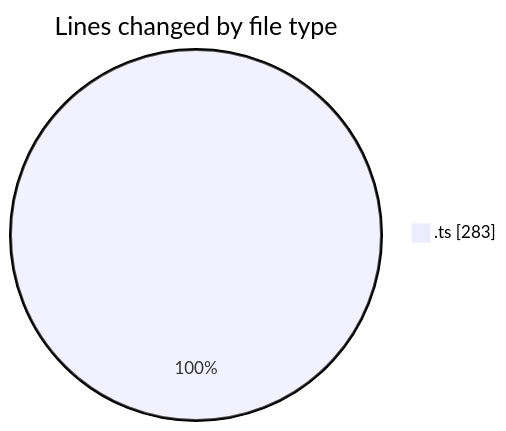
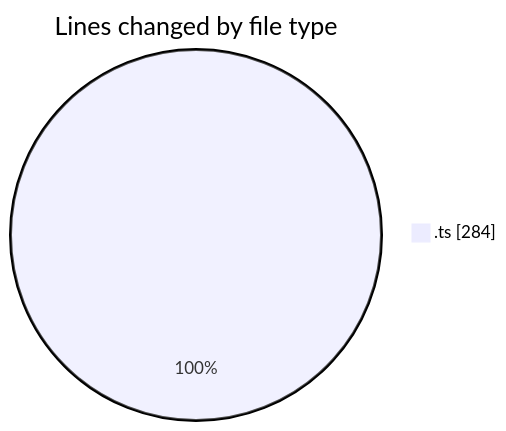
Before and after one commit to momahboobian/code-tracking: the first of 2 diagrams in 2025-06-24/cda/README.md, drawn with Mermaid. The commit also changed other lines of this file and 1 other file, not shown here.

````diff
--- a/2025-06-24/cda/README.md
+++ b/2025-06-24/cda/README.md
@@ -20,5 +20,5 @@
 ```mermaid
 pie showData
 title Lines changed by file type
-".ts" : 283
+".ts" : 284
 ```
````
